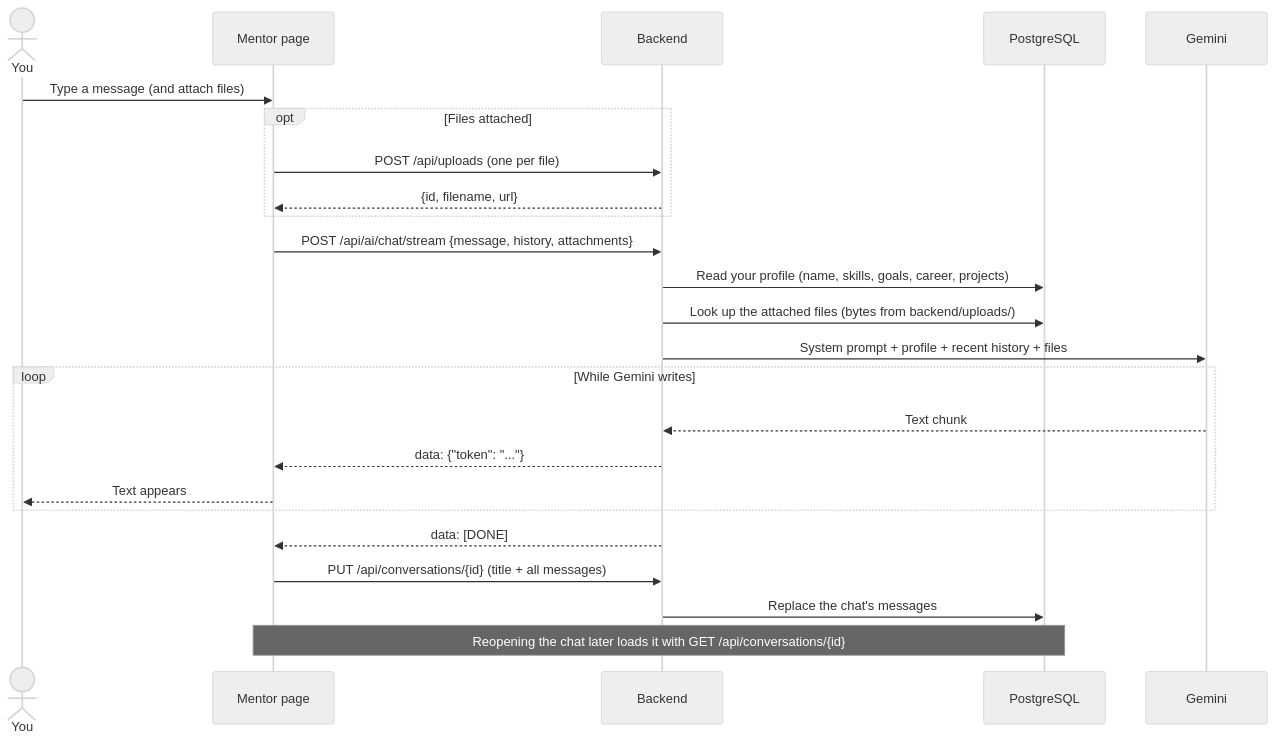
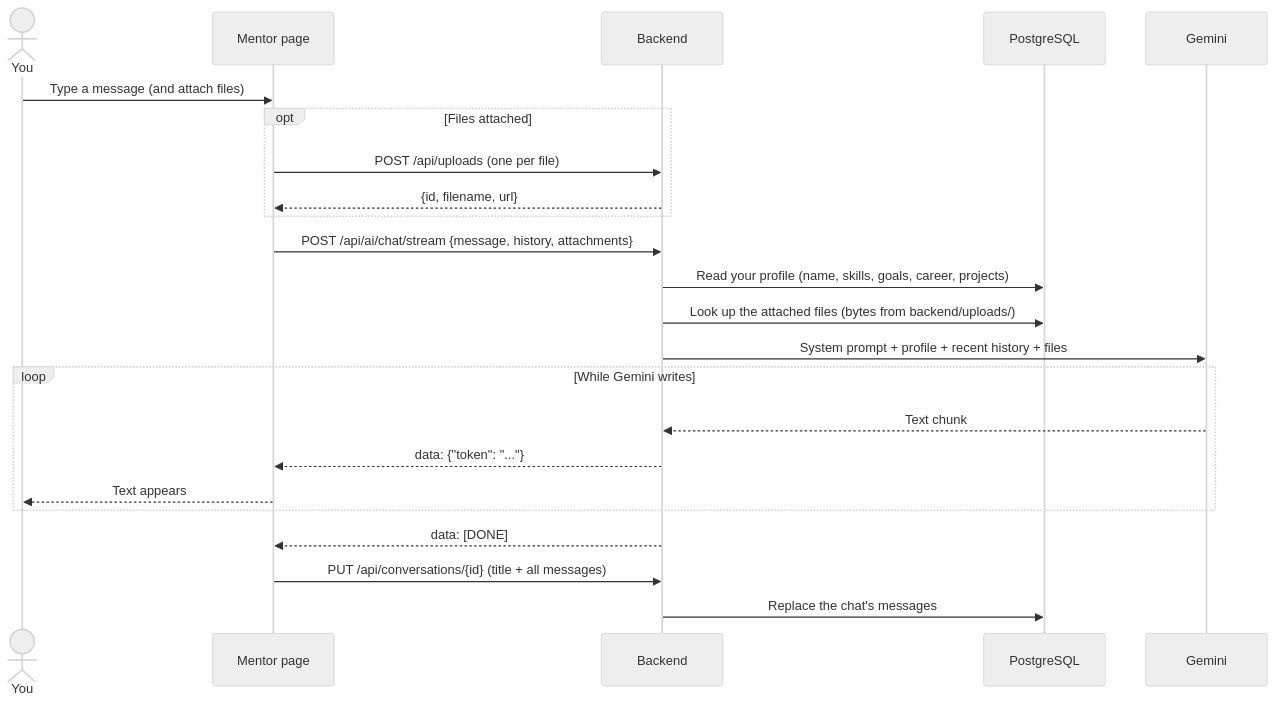
One commit to Keerthi292/mentora-ai changed the second of 2 diagrams in README.md. Above: the diagram before and after it, drawn with Mermaid (neutral theme). The commit also changed other lines of this file, not shown here.

````diff
--- a/README.md
+++ b/README.md
@@ -122,27 +191,26 @@
 ```mermaid
 sequenceDiagram
     actor U as You
     participant C as Mentor page
     participant API as Backend
     participant DB as PostgreSQL
     participant G as Gemini
 
     U->>C: Type a message (and attach files)
     opt Files attached
         C->>API: POST /api/uploads (one per file)
         API-->>C: {id, filename, url}
     end
     C->>API: POST /api/ai/chat/stream {message, history, attachments}
     API->>DB: Read your profile (name, skills, goals, career, projects)
     API->>DB: Look up the attached files (bytes from backend/uploads/)
     API->>G: System prompt + profile + recent history + files
     loop While Gemini writes
         G-->>API: Text chunk
         API-->>C: data: {"token": "..."}
         C-->>U: Text appears
     end
     API-->>C: data: [DONE]
     C->>API: PUT /api/conversations/{id} (title + all messages)
     API->>DB: Replace the chat's messages
-    Note over C,DB: Reopening the chat later loads it with GET /api/conversations/{id}
 ```
````
